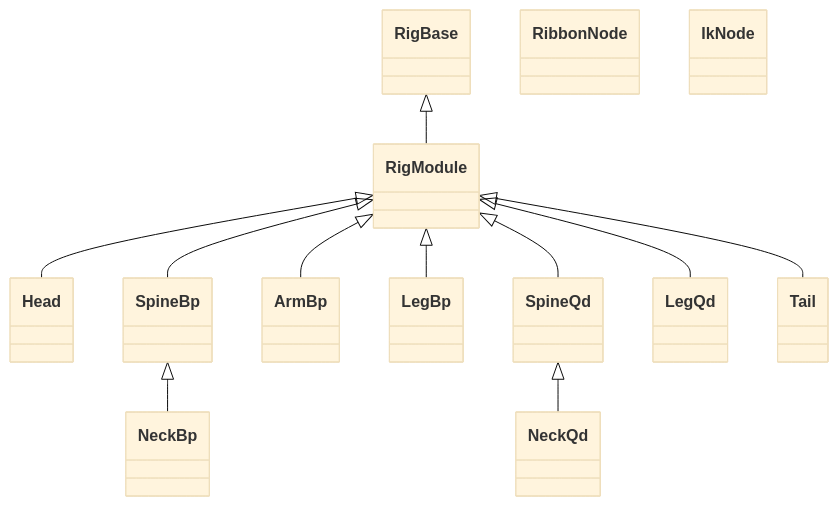
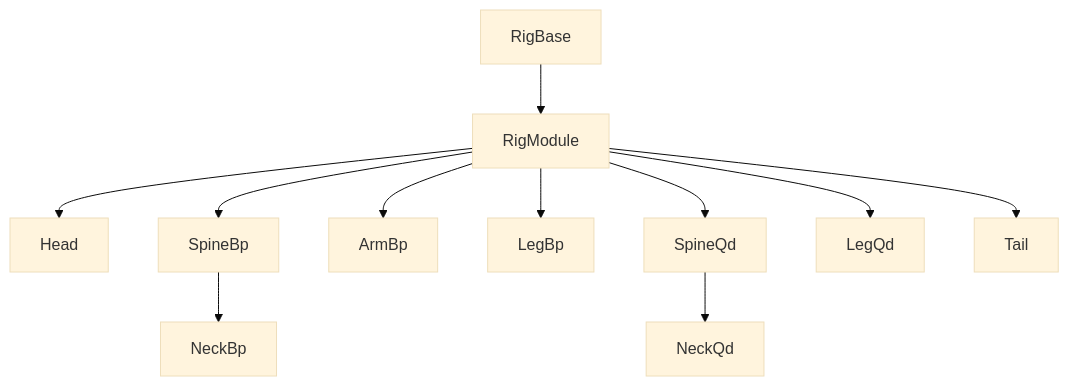
The second of 2 diagrams in README.md (nickyliux/nl_rigging_tools), drawn with Mermaid (base theme) before and after one commit. The commit also changed other lines of this file, not shown here.

Commit message:
Update README.md: refine class diagrams for framework and component classes, improving clarity and structure

````diff
--- a/README.md
+++ b/README.md
@@ -44,15 +37,13 @@
 ```mermaid
-classDiagram
-    RigBase <|-- RigModule
-    class RibbonNode
-    class IkNode
-    RigModule <|-- Head
-    RigModule <|-- SpineBp
-    SpineBp <|-- NeckBp
-    RigModule <|-- ArmBp
-    RigModule <|-- LegBp
-    RigModule <|-- SpineQd
-    SpineQd <|-- NeckQd
-    RigModule <|-- LegQd
-    RigModule <|-- Tail
+flowchart
+    RigBase --> RigModule
+    RigModule --> Head
+    RigModule --> SpineBp
+    SpineBp --> NeckBp
+    RigModule --> ArmBp
+    RigModule --> LegBp
+    RigModule --> SpineQd
+    SpineQd --> NeckQd
+    RigModule --> LegQd
+    RigModule --> Tail
 ```
````
